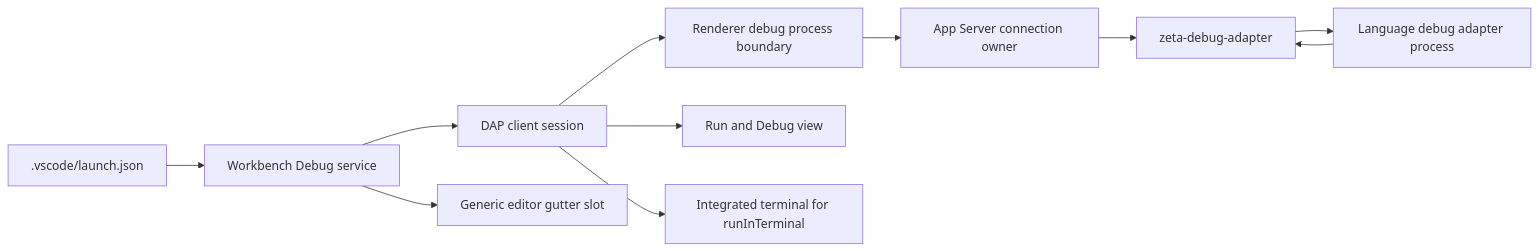
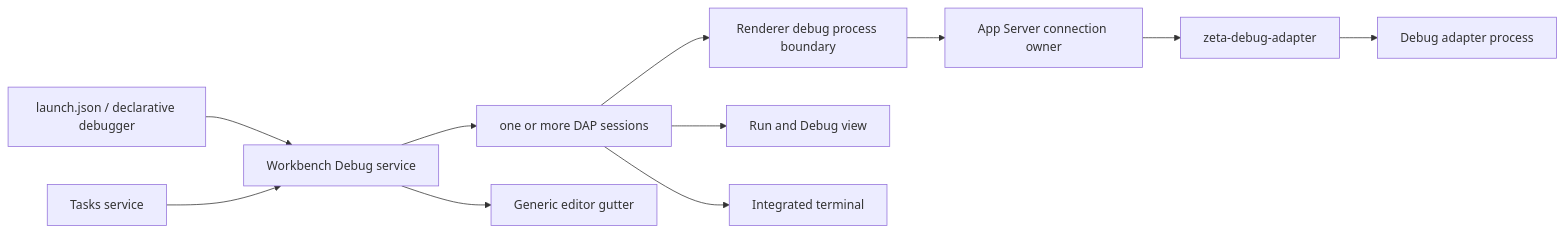
The diagram in docs/debugging.md (chogng/zeta), drawn with Mermaid before and after one commit. The commit also changed other lines of this file and 262 other files, not shown here.

Commit message:
Implement expanded frontend architecture and product capabilities

````diff
--- a/docs/debugging.md
+++ b/docs/debugging.md
@@ -22,13 +22,13 @@
 ```mermaid
 flowchart LR
-    Launch[".vscode/launch.json"] --> DebugService["Workbench Debug service"]
-    DebugService --> Session["DAP client session"]
-    Session --> Platform["Renderer debug process boundary"]
+    Launch["launch.json / declarative debugger"] --> DebugService["Workbench Debug service"]
+    Tasks["Tasks service"] --> DebugService
+    DebugService --> Sessions["one or more DAP sessions"]
+    Sessions --> Platform["Renderer debug process boundary"]
     Platform --> AppServer["App Server connection owner"]
     AppServer --> Runtime["zeta-debug-adapter"]
-    Runtime --> Adapter["Language debug adapter process"]
-    Adapter --> Runtime
-    Session --> View["Run and Debug view"]
-    DebugService --> Gutter["Generic editor gutter slot"]
-    Session --> Terminal["Integrated terminal for runInTerminal"]
+    Runtime --> Adapter["Debug adapter process"]
+    Sessions --> View["Run and Debug view"]
+    DebugService --> Gutter["Generic editor gutter"]
+    Sessions --> Terminal["Integrated terminal"]
 ```
````
